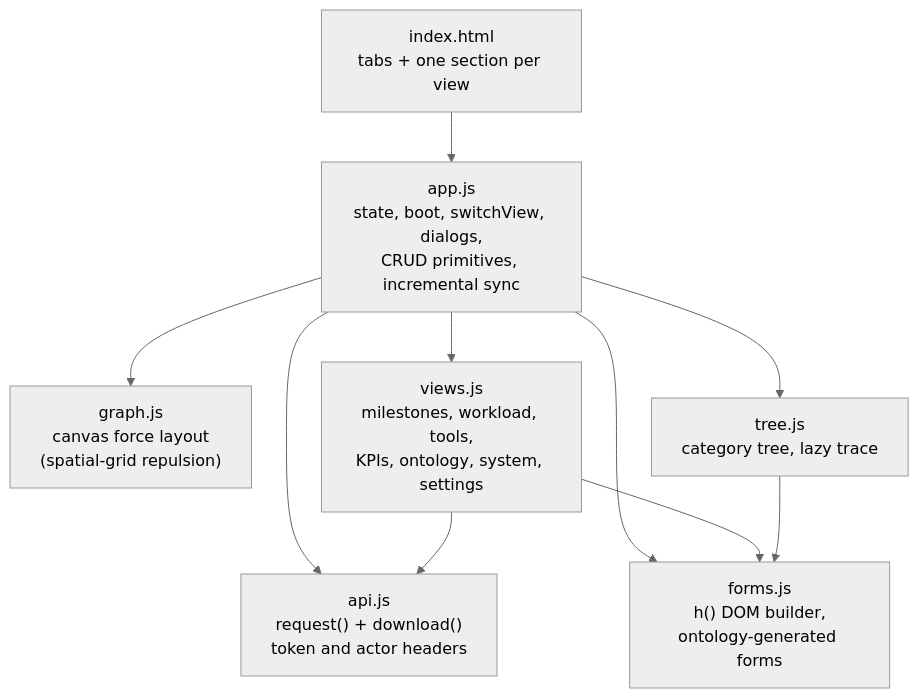
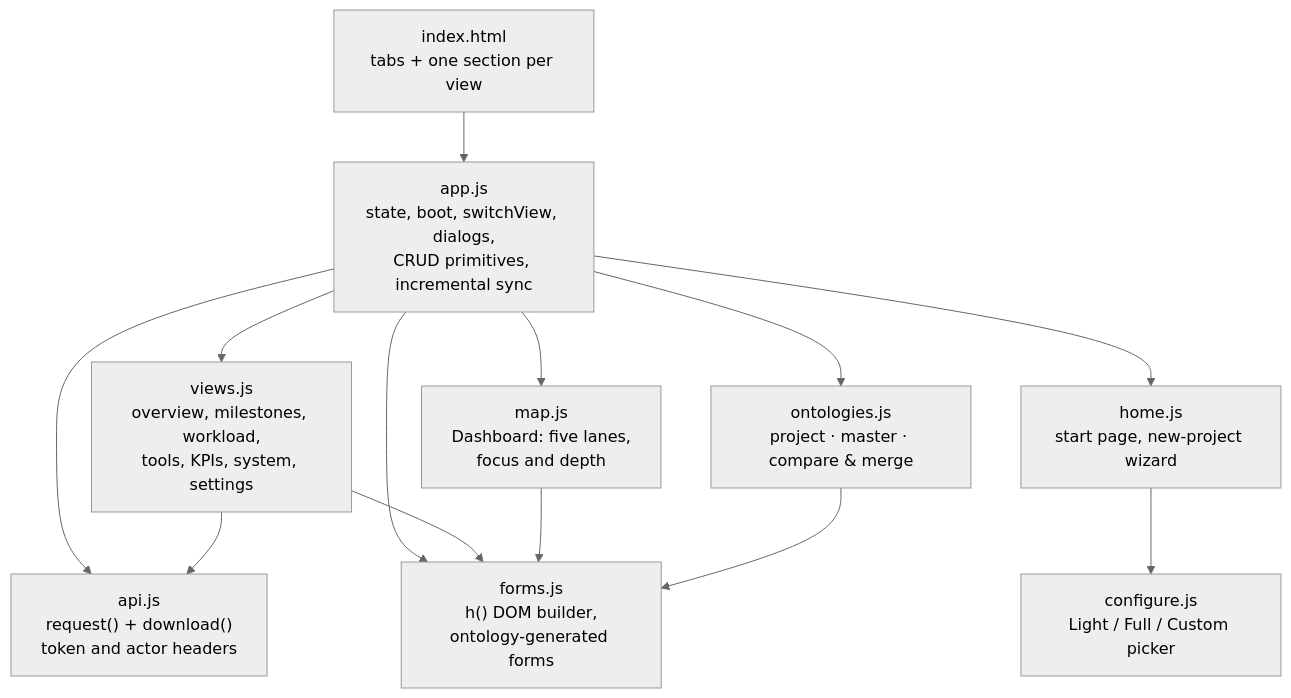
Before and after one commit to sudesh309/SETM: the seventh of 8 diagrams in docs/ARCHITECTURE.md, drawn with Mermaid (neutral theme). The commit also changed other lines of this file and 32 other files, not shown here.

First line of the commit message:
Clearer UI: start page, Dashboard map, master and project ontologies

````diff
--- a/docs/ARCHITECTURE.md
+++ b/docs/ARCHITECTURE.md
@@ -423,13 +455,16 @@
 ```mermaid
 flowchart TB
     index["index.html<br/>tabs + one section per view"] --> app
     app["app.js<br/>state, boot, switchView, dialogs,<br/>CRUD primitives, incremental sync"]
     app --> api["api.js<br/>request() + download()<br/>token and actor headers"]
     app --> forms["forms.js<br/>h() DOM builder,<br/>ontology-generated forms"]
-    app --> graphjs["graph.js<br/>canvas force layout<br/>(spatial-grid repulsion)"]
-    app --> views["views.js<br/>milestones, workload, tools,<br/>KPIs, ontology, system, settings"]
-    app --> tree["tree.js<br/>category tree, lazy trace"]
+    app --> home["home.js<br/>start page, new-project wizard"]
+    app --> mapjs["map.js<br/>Dashboard: five lanes,<br/>focus and depth"]
+    app --> onto["ontologies.js<br/>project · master · compare & merge"]
+    app --> views["views.js<br/>overview, milestones, workload,<br/>tools, KPIs, system, settings"]
+    home --> configure["configure.js<br/>Light / Full / Custom picker"]
     views --> forms
     views --> api
-    tree --> forms
+    mapjs --> forms
+    onto --> forms
 ```
````
